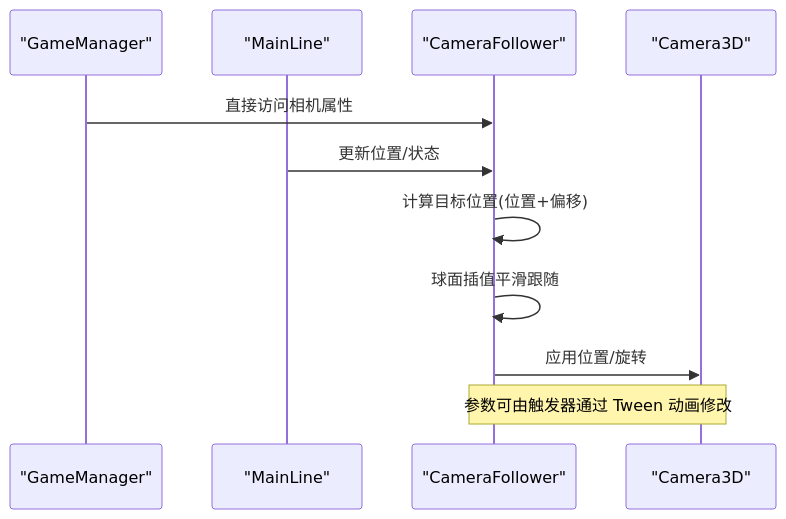
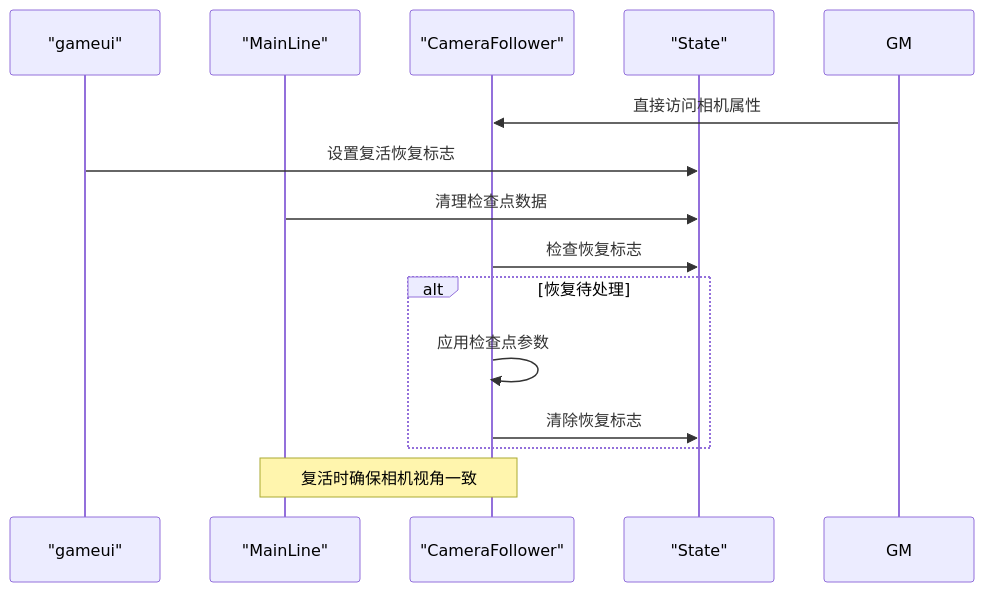
Before and after one commit to godotline/godot-line: the second of 8 diagrams in .qoder/repowiki/zh/content/游戏系统/相机系统/相机跟随系统.md, drawn with Mermaid. The commit also changed other lines of this file and 7 other files, not shown here.

````diff
--- a/.qoder/repowiki/zh/content/游戏系统/相机系统/相机跟随系统.md
+++ b/.qoder/repowiki/zh/content/游戏系统/相机系统/相机跟随系统.md
@@ -113,13 +123,16 @@
 ```mermaid
 sequenceDiagram
-participant GM as "GameManager"
+participant UI as "gameui"
 participant ML as "MainLine"
 participant CF as "CameraFollower"
-participant CAM as "Camera3D"
+participant ST as "State"
 GM->>CF : 直接访问相机属性
-ML->>CF : 更新位置/状态
-CF->>CF : 计算目标位置(位置+偏移)
-CF->>CF : 球面插值平滑跟随
-CF->>CAM : 应用位置/旋转
-Note over CF,CAM : 参数可由触发器通过 Tween 动画修改
+UI->>ST : 设置复活恢复标志
+ML->>ST : 清理检查点数据
+CF->>ST : 检查恢复标志
+alt 恢复待处理
+CF->>CF : 应用检查点参数
+CF->>ST : 清除恢复标志
+end
+Note over CF,ML : 复活时确保相机视角一致
 ```
````
